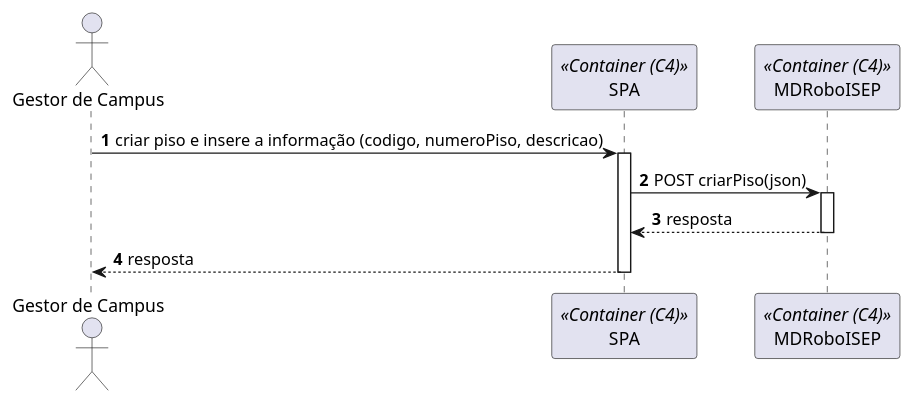
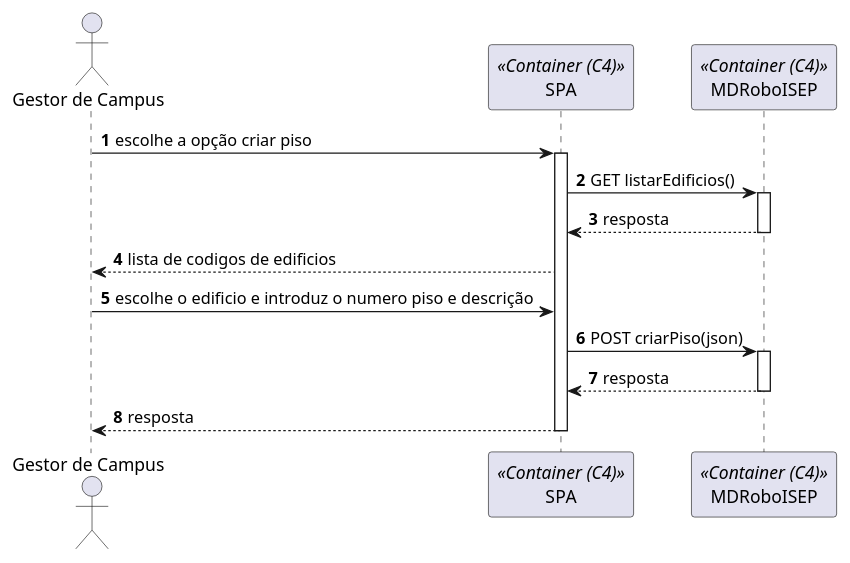
Before and after one commit to SEM5PI2324G58/sem5pi_g58_23_24: the diagram in docs/Sprint_B/US_1090/N2/US1090_VP.puml, drawn with PlantUML. The commit also changed other lines of this file and 4 other files, not shown here.

```diff
--- a/docs/Sprint_B/US_1090/N2/US1090_VP.puml
+++ b/docs/Sprint_B/US_1090/N2/US1090_VP.puml
@@ -1,12 +1,18 @@
 autonumber
 
 actor "Gestor de Campus" as ator
 participant SPA as fe <<Container (C4)>>
 participant MDRoboISEP as md <<Container (C4)>>
 
-ator -> fe: criar piso e insere a informação (codigo, numeroPiso, descricao)
+
+ator -> fe: escolhe a opção criar piso
 activate fe
+fe -> md: GET listarEdificios()
+activate md
+return resposta
+ator <-- fe: lista de codigos de edificios
+ator -> fe: escolhe o edificio e introduz o numero piso e descrição
 fe	-> md: POST criarPiso(json)
 activate md
 return resposta
 return resposta
```
